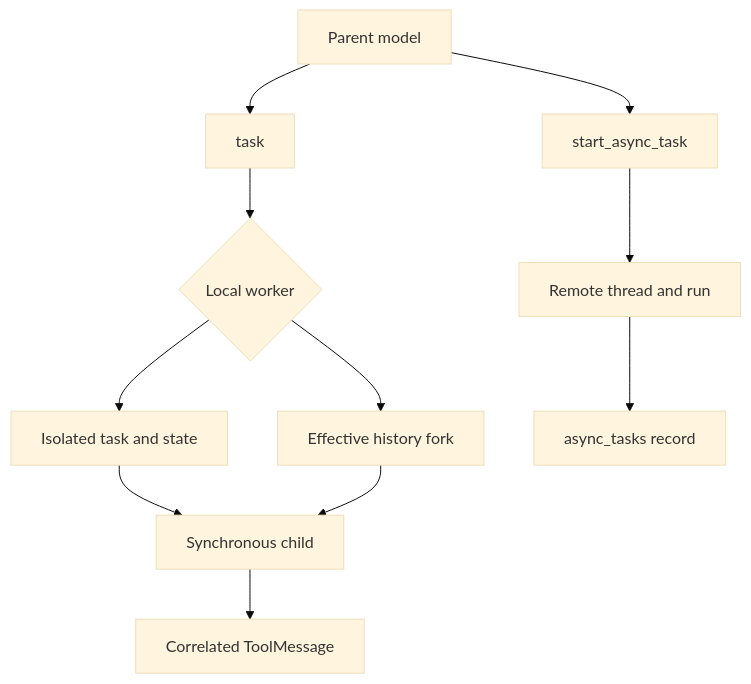
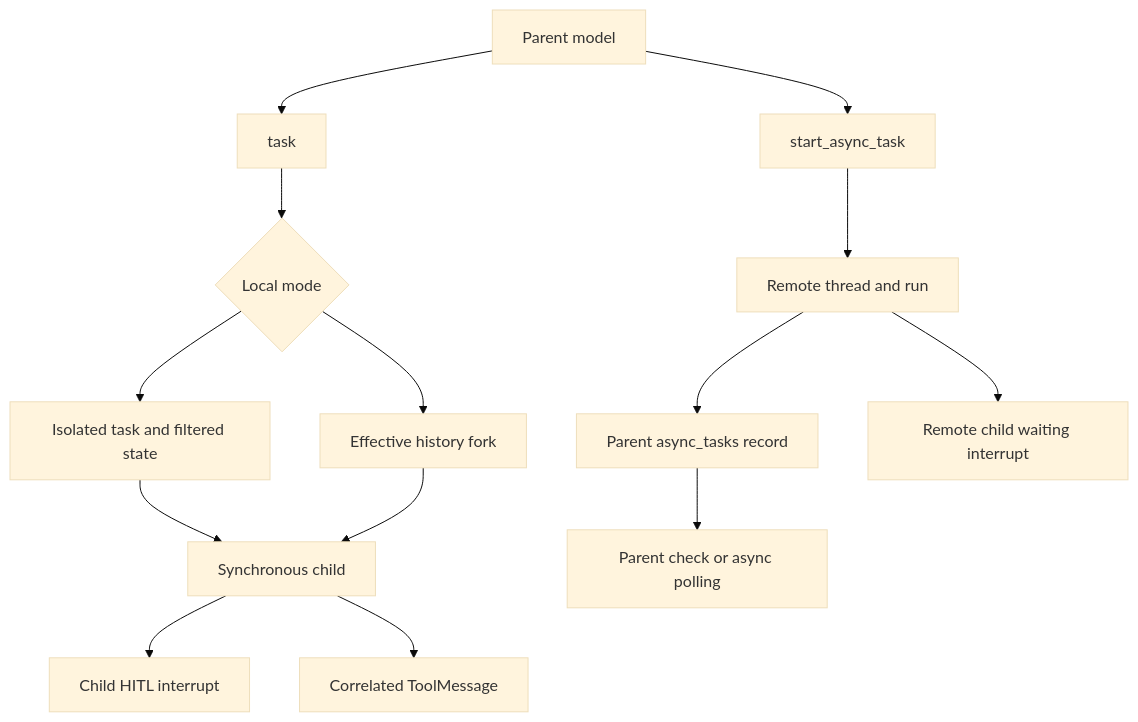
Before and after one commit to langchain-ai/deepagents: the first of 4 diagrams in openwiki/concepts/subagents-skills.md, drawn with Mermaid (base theme). The commit also changed other lines of this file and 53 other files, not shown here.

````diff
--- a/openwiki/concepts/subagents-skills.md
+++ b/openwiki/concepts/subagents-skills.md
@@ -51,13 +53,16 @@
 ```mermaid
 flowchart TD
     Parent["Parent model"] --> Local["task"]
-    Local --> Select{"Local worker"}
-    Select --> Isolated["Isolated task and state"]
+    Local --> Select{"Local mode"}
+    Select --> Isolated["Isolated task and filtered state"]
     Select --> Fork["Effective history fork"]
-    Isolated --> Child["Synchronous child"]
-    Fork --> Child
-    Child --> Reply["Correlated ToolMessage"]
+    Isolated --> LocalChild["Synchronous child"]
+    Fork --> LocalChild
+    LocalChild --> LocalInterrupt["Child HITL interrupt"]
+    LocalChild --> Reply["Correlated ToolMessage"]
     Parent --> Start["start_async_task"]
     Start --> Remote["Remote thread and run"]
-    Remote --> Record["async_tasks record"]
+    Remote --> Record["Parent async_tasks record"]
+    Remote --> RemoteInterrupt["Remote child waiting interrupt"]
+    Record --> Poll["Parent check or async polling"]
 ```
````
